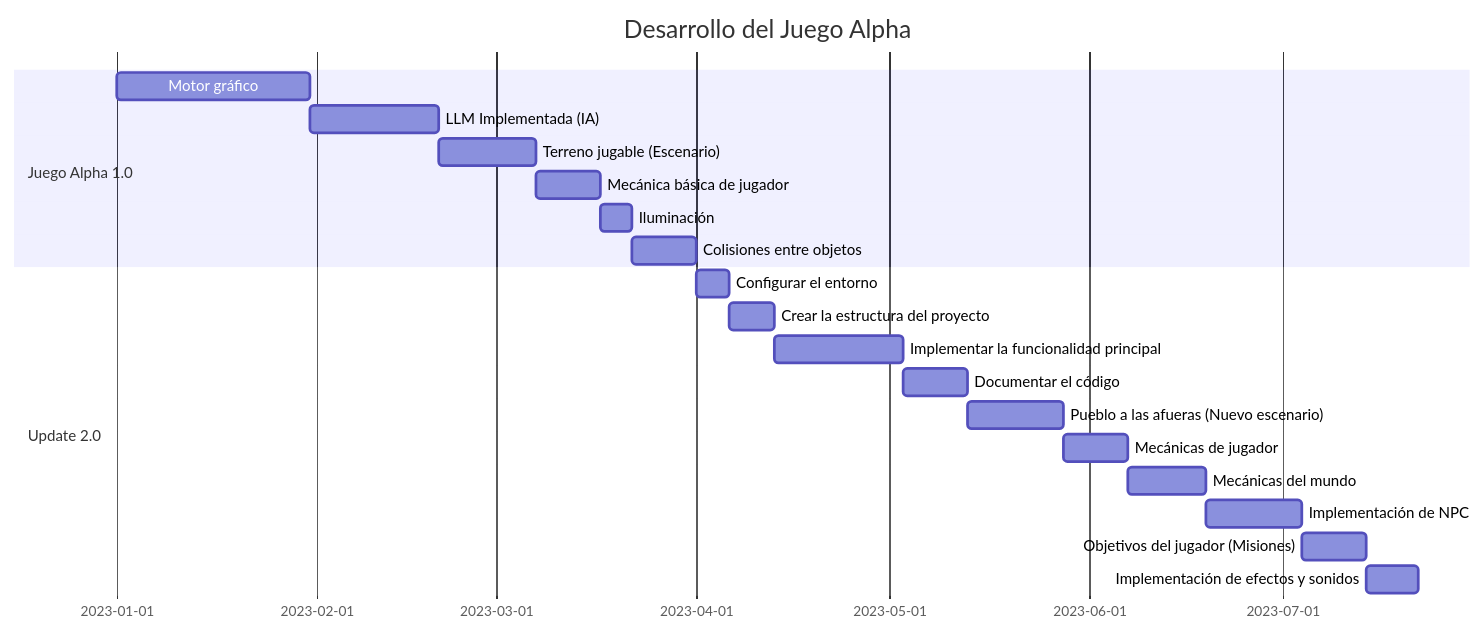
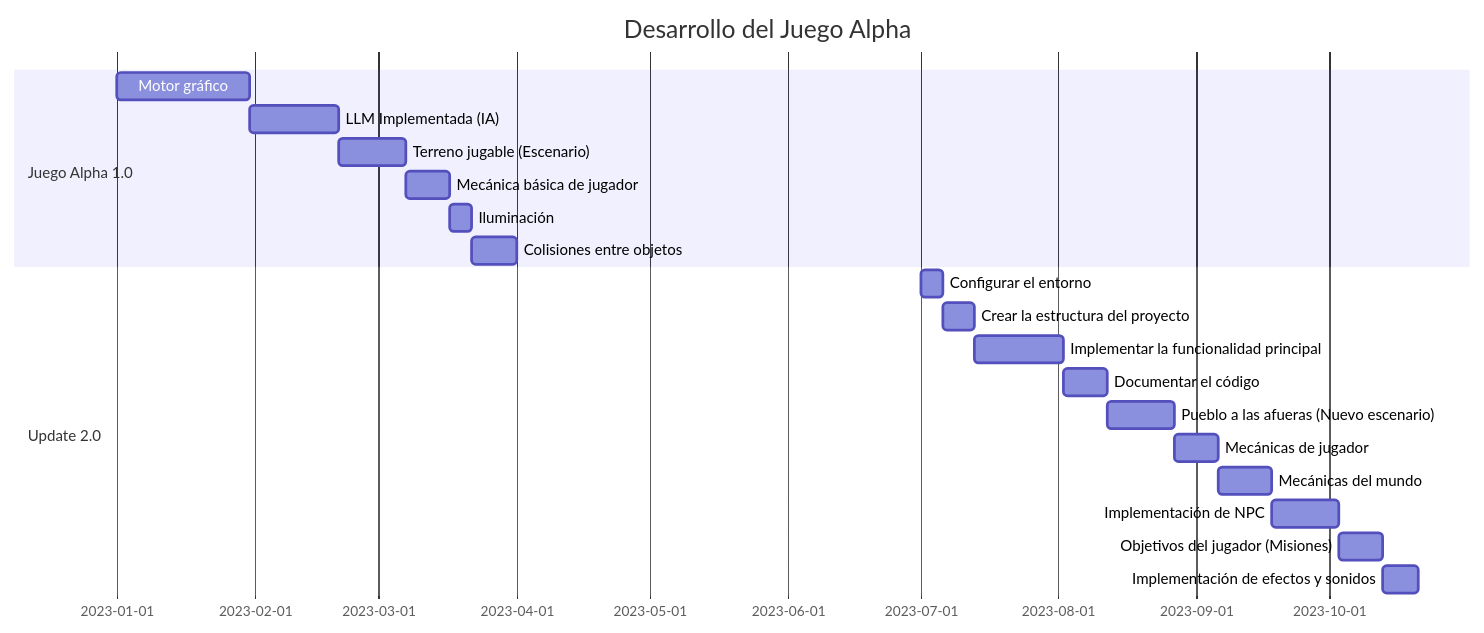
Before and after one commit to FelixCanosa/Beta-programa: the diagram in README.md, drawn with Mermaid.

Commit message:
mejorando el readme 1.1

````diff
--- a/README.md
+++ b/README.md
@@ -24,24 +24,24 @@
 ```mermaid
 gantt
     title Desarrollo del Juego Alpha
     dateFormat  YYYY-MM-DD
     section Juego Alpha 1.0
     Motor gráfico           :a1, 2023-01-01, 30d
     LLM Implementada (IA)   :a2, after a1, 20d
     Terreno jugable (Escenario) :a3, after a2, 15d
     Mecánica básica de jugador :a4, after a3, 10d
     Iluminación             :a5, after a4, 5d
     Colisiones entre objetos :a6, after a5, 10d
 
     section Update 2.0
-    Configurar el entorno   :b1, 2023-04-01, 5d
+    Configurar el entorno   :b1, 2023-07-01, 5d
     Crear la estructura del proyecto :b2, after b1, 7d
     Implementar la funcionalidad principal :b3, after b2, 20d
     Documentar el código    :b4, after b3, 10d
     Pueblo a las afueras (Nuevo escenario) :b5, after b4, 15d
     Mecánicas de jugador    :b6, after b5, 10d
     Mecánicas del mundo     :b7, after b6, 12d
     Implementación de NPC   :b8, after b7, 15d
     Objetivos del jugador (Misiones) :b9, after b8, 10d
     Implementación de efectos y sonidos :b10, after b9, 8d
 ```
````
